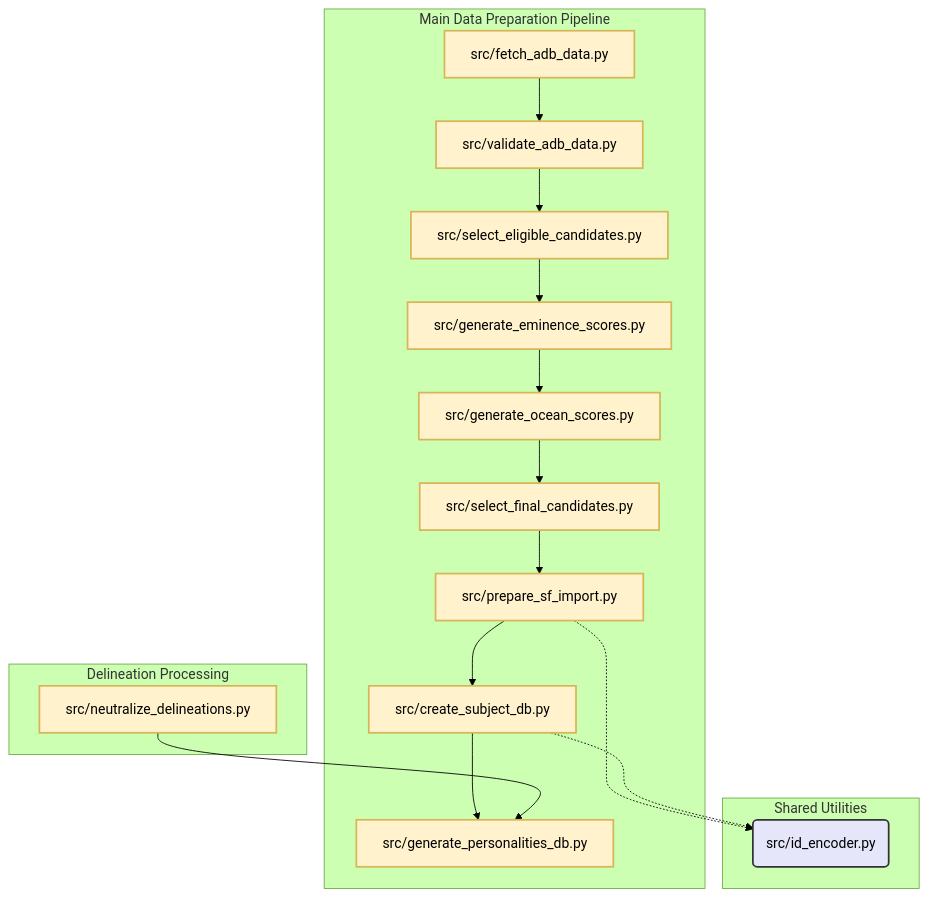
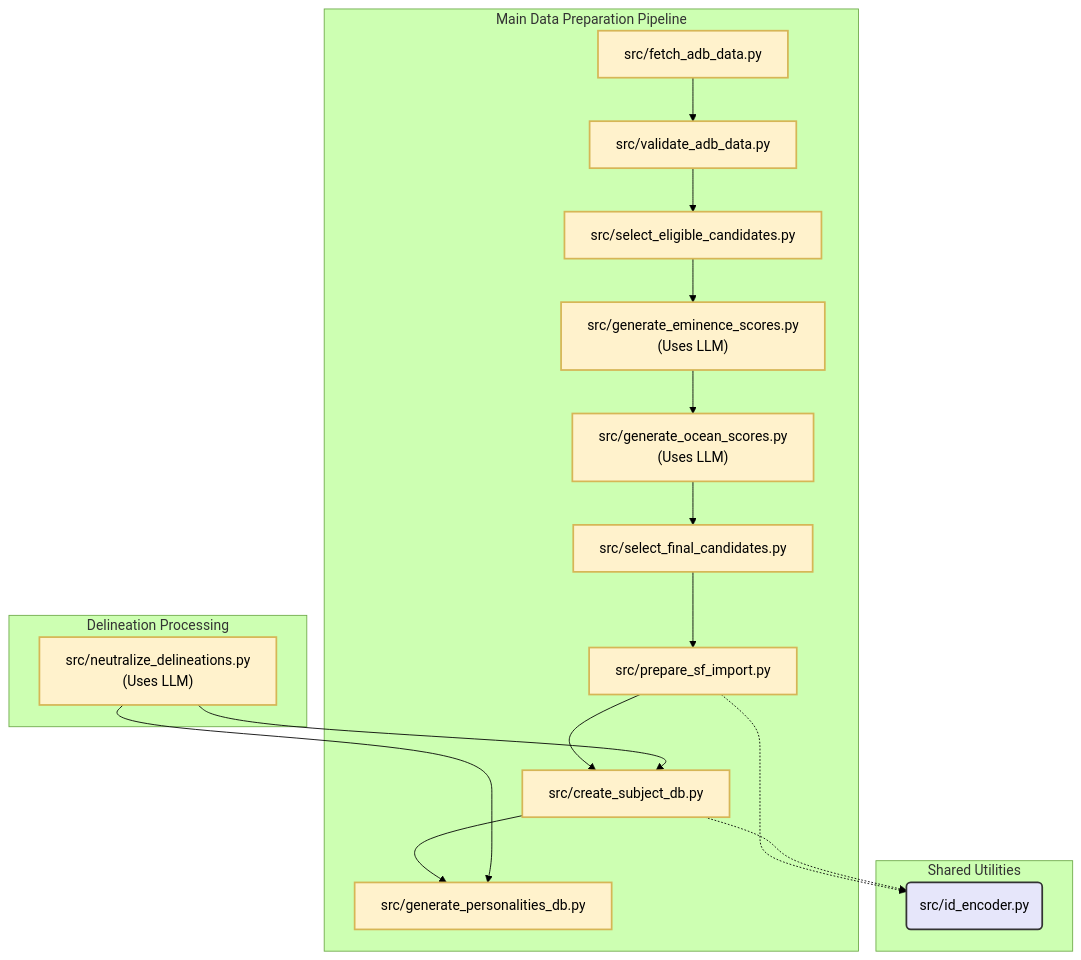
Before and after one commit to peterjmarko/llm-narrative-framework: the diagram in docs/diagrams/arch_prep_codebase.mmd, drawn with Mermaid (forest theme). The commit also changed 22 other files, not shown here.

```diff
--- a/docs/diagrams/arch_prep_codebase.mmd
+++ b/docs/diagrams/arch_prep_codebase.mmd
@@ -1,30 +1,31 @@
 graph TD
     classDef scriptStyle fill:#fff2cc,stroke:#d6b656,stroke-width:2px
     classDef utilStyle fill:#e6e6fa,stroke:#333,stroke-width:2px
     subgraph Main Data Preparation Pipeline
         A[src/fetch_adb_data.py] --> B[src/validate_adb_data.py]
         B --> C[src/select_eligible_candidates.py]
-        C --> D[src/generate_eminence_scores.py]
-        D --> E[src/generate_ocean_scores.py]
+        C --> D["src/generate_eminence_scores.py<br/>(Uses LLM)"]
+        D --> E["src/generate_ocean_scores.py<br/>(Uses LLM)"]
         E --> F[src/select_final_candidates.py]
         F --> G[src/prepare_sf_import.py]
         G --> H[src/create_subject_db.py]
         H --> I[src/generate_personalities_db.py]
     end
     
     subgraph Delineation Processing
-        J[src/neutralize_delineations.py]
+        J["src/neutralize_delineations.py<br/>(Uses LLM)"]
     end
 
     J --> I
+    J --> H
 
     subgraph Shared Utilities
         K(src/id_encoder.py)
     end
 
     G -.-> K
     H -.-> K
 
     %% Apply Styles
     class A,B,C,D,E,F,G,H,I,J scriptStyle
     class K utilStyle
```
